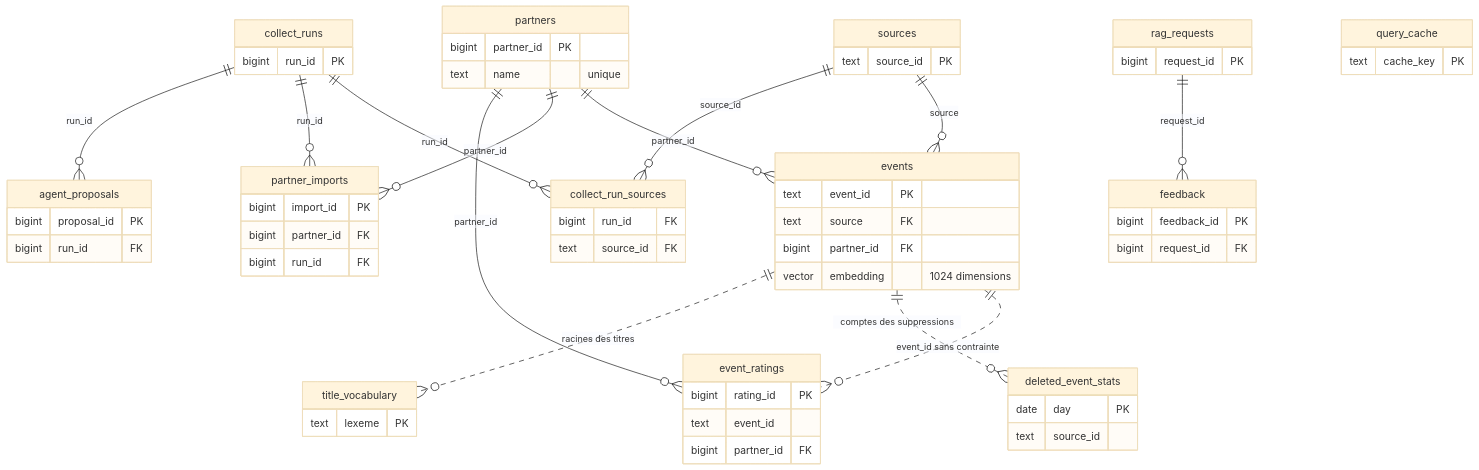
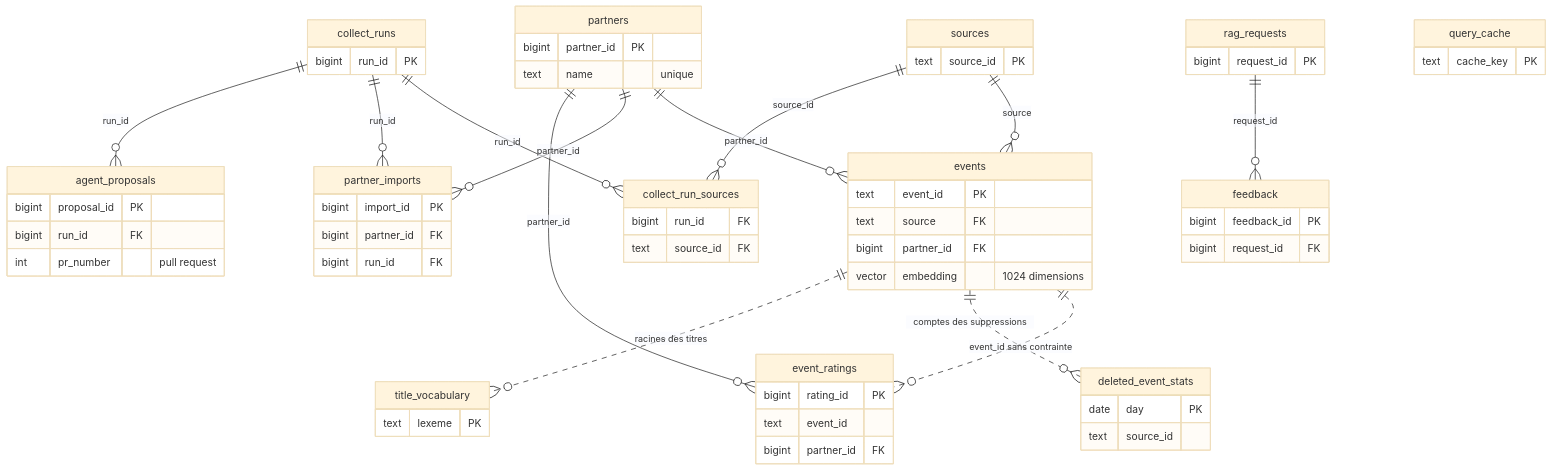
One commit to gonzalezcourrier34-glitch/SortirIA changed the diagram in docs/base_de_donnees.md. Above: the diagram before and after it, drawn with Mermaid (base theme). The commit also changed other lines of this file and 24 other files, not shown here.

Commit message:
Agent : propositions en pull request (CI, Merge = appliquée, Close = refusée), liens dans le mail, panneau Grafana

````diff
--- a/docs/base_de_donnees.md
+++ b/docs/base_de_donnees.md
@@ -66,67 +66,68 @@
 ```mermaid
 erDiagram
     sources ||--o{ events : "source"
     sources ||--o{ collect_run_sources : "source_id"
     partners ||--o{ events : "partner_id"
     partners ||--o{ partner_imports : "partner_id"
     partners ||--o{ event_ratings : "partner_id"
     collect_runs ||--o{ collect_run_sources : "run_id"
     collect_runs ||--o{ partner_imports : "run_id"
     collect_runs ||--o{ agent_proposals : "run_id"
     rag_requests ||--o{ feedback : "request_id"
     events ||..o{ event_ratings : "event_id sans contrainte"
     events ||..o{ deleted_event_stats : "comptes des suppressions"
     events ||..o{ title_vocabulary : "racines des titres"
 
     sources {
         text source_id PK
     }
     partners {
         bigint partner_id PK
         text name "unique"
     }
     partner_imports {
         bigint import_id PK
         bigint partner_id FK
         bigint run_id FK
     }
     events {
         text event_id PK
         text source FK
         bigint partner_id FK
         vector embedding "1024 dimensions"
     }
     collect_runs {
         bigint run_id PK
     }
     collect_run_sources {
         bigint run_id FK
         text source_id FK
     }
     agent_proposals {
         bigint proposal_id PK
         bigint run_id FK
+        int pr_number "pull request"
     }
     deleted_event_stats {
         date day PK
         text source_id
     }
     rag_requests {
         bigint request_id PK
     }
     feedback {
         bigint feedback_id PK
         bigint request_id FK
     }
     query_cache {
         text cache_key PK
     }
     title_vocabulary {
         text lexeme PK
     }
     event_ratings {
         bigint rating_id PK
         text event_id
         bigint partner_id FK
     }
 ```
````
